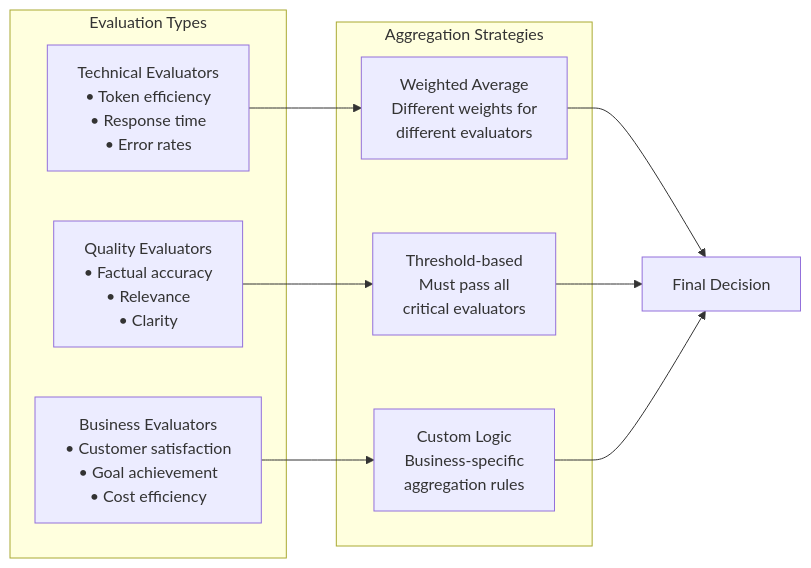
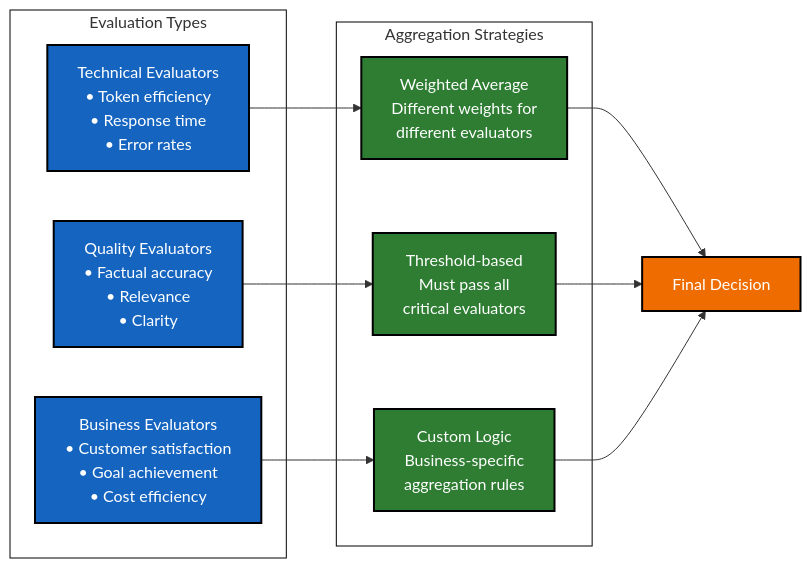
Before and after one commit to honeyhiveai/python-sdk: the tenth of 15 diagrams in docs/explanation/architecture/diagrams.rst, drawn with Mermaid. The commit also changed other lines of this file and 44 other files, not shown here.

```diff
--- a/docs/explanation/architecture/diagrams.rst
+++ b/docs/explanation/architecture/diagrams.rst
@@ -310,22 +357,31 @@
 .. mermaid::
 
+   %%{init: {'theme':'base', 'themeVariables': {'primaryColor': '#1565c0', 'primaryTextColor': '#ffffff', 'primaryBorderColor': '#000000', 'lineColor': '#333333', 'secondaryColor': '#2e7d32', 'tertiaryColor': '#ef6c00', 'background': 'transparent', 'mainBkg': 'transparent', 'secondBkg': 'transparent', 'nodeBkg': '#1565c0', 'nodeBorder': '#000000', 'clusterBkg': 'transparent', 'clusterBorder': '#000000', 'defaultLinkColor': '#333333', 'titleColor': '#333333', 'edgeLabelBackground': 'transparent', 'nodeTextColor': '#ffffff'}, 'flowchart': {'linkColor': '#333333', 'linkWidth': 2, 'nodeSpacing': 50, 'rankSpacing': 50}}}%%
    graph LR
        subgraph "Evaluation Types"
            Technical["Technical Evaluators<br/>• Token efficiency<br/>• Response time<br/>• Error rates"]
            Quality["Quality Evaluators<br/>• Factual accuracy<br/>• Relevance<br/>• Clarity"]
            Business["Business Evaluators<br/>• Customer satisfaction<br/>• Goal achievement<br/>• Cost efficiency"]
        end
        
        subgraph "Aggregation Strategies"
            Weighted["Weighted Average<br/>Different weights for<br/>different evaluators"]
            Threshold["Threshold-based<br/>Must pass all<br/>critical evaluators"]
            Custom["Custom Logic<br/>Business-specific<br/>aggregation rules"]
        end
        
        Technical --> Weighted
        Quality --> Threshold
        Business --> Custom
        
        Weighted --> Decision["Final Decision"]
        Threshold --> Decision
        Custom --> Decision
+       
+       classDef evalClass fill:#1565c0,stroke:#000000,stroke-width:2px,color:#ffffff
+       classDef strategyClass fill:#2e7d32,stroke:#000000,stroke-width:2px,color:#ffffff
+       classDef decisionClass fill:#ef6c00,stroke:#000000,stroke-width:2px,color:#ffffff
+       
+       class Technical,Quality,Business evalClass
+       class Weighted,Threshold,Custom strategyClass
+       class Decision decisionClass
```
